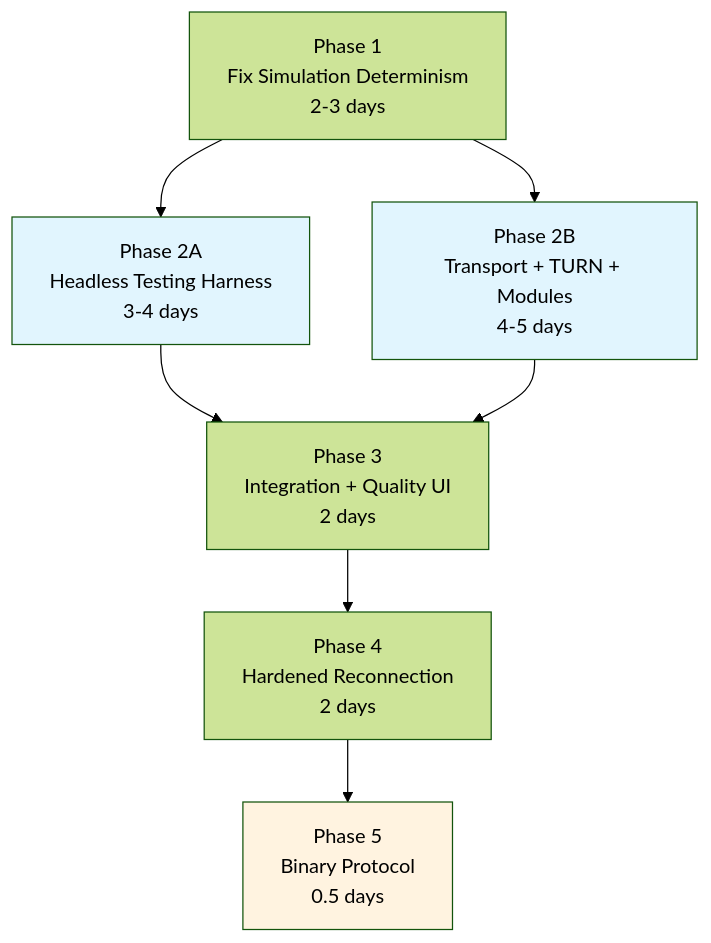
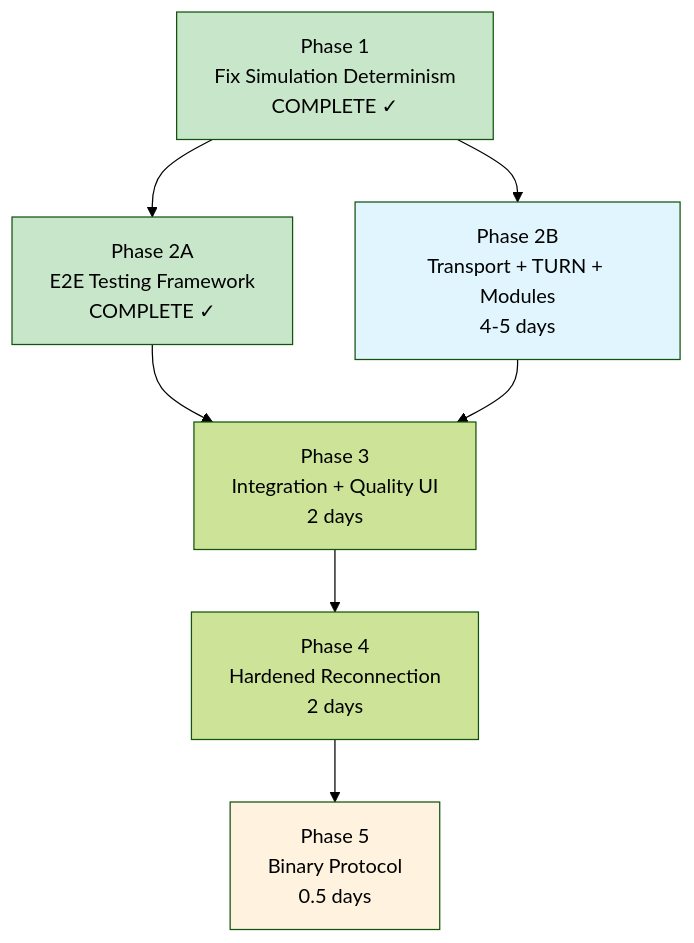
One commit to simon0191/a-los-traques changed the fourth of 4 diagrams in docs/rfcs/0001-networking-redesign.md. Above: the diagram before and after it, drawn with Mermaid (forest theme). The commit also changed other lines of this file, not shown here.

First line of the commit message:
Update RFC 0001: mark Phase 2A (E2E testing) as complete

````diff
--- a/docs/rfcs/0001-networking-redesign.md
+++ b/docs/rfcs/0001-networking-redesign.md
@@ -636,20 +636,21 @@
 ```mermaid
 flowchart TB
-    P1[Phase 1<br/>Fix Simulation Determinism<br/>2-3 days]
-    P2A[Phase 2A<br/>Headless Testing Harness<br/>3-4 days]
+    P1[Phase 1<br/>Fix Simulation Determinism<br/>COMPLETE ✓]
+    P2A[Phase 2A<br/>E2E Testing Framework<br/>COMPLETE ✓]
     P2B[Phase 2B<br/>Transport + TURN + Modules<br/>4-5 days]
     P3[Phase 3<br/>Integration + Quality UI<br/>2 days]
     P4[Phase 4<br/>Hardened Reconnection<br/>2 days]
     P5[Phase 5<br/>Binary Protocol<br/>0.5 days]
 
     P1 --> P2A
     P1 --> P2B
     P2A --> P3
     P2B --> P3
     P3 --> P4
     P4 --> P5
 
-    style P2A fill:#e1f5fe
+    style P1 fill:#c8e6c9
+    style P2A fill:#c8e6c9
     style P2B fill:#e1f5fe
     style P5 fill:#fff3e0
 ```
````
